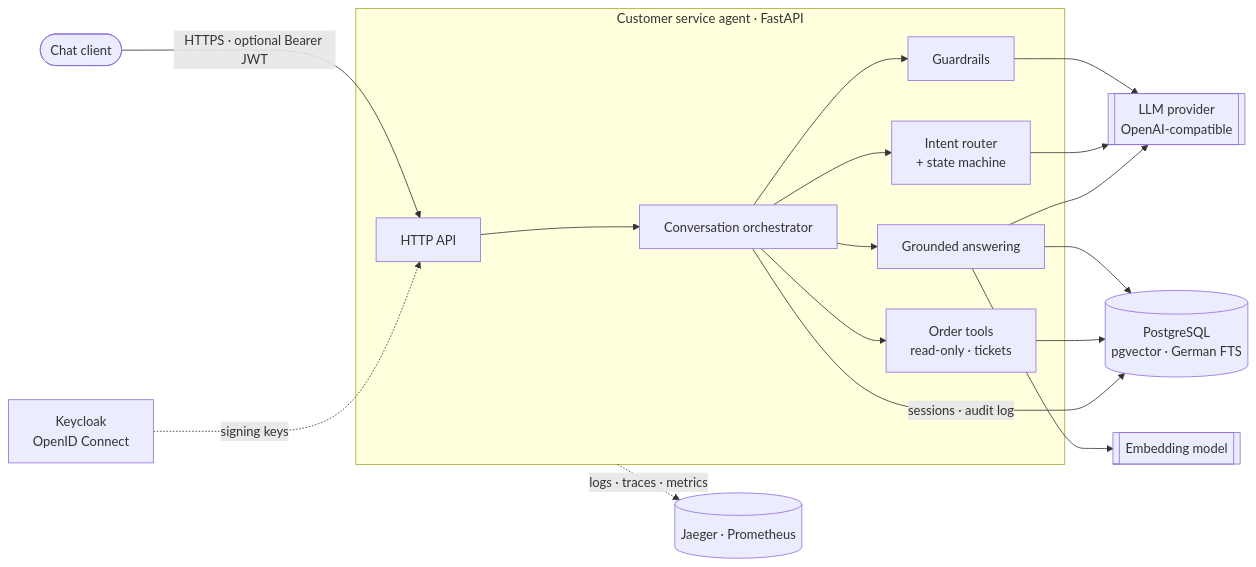
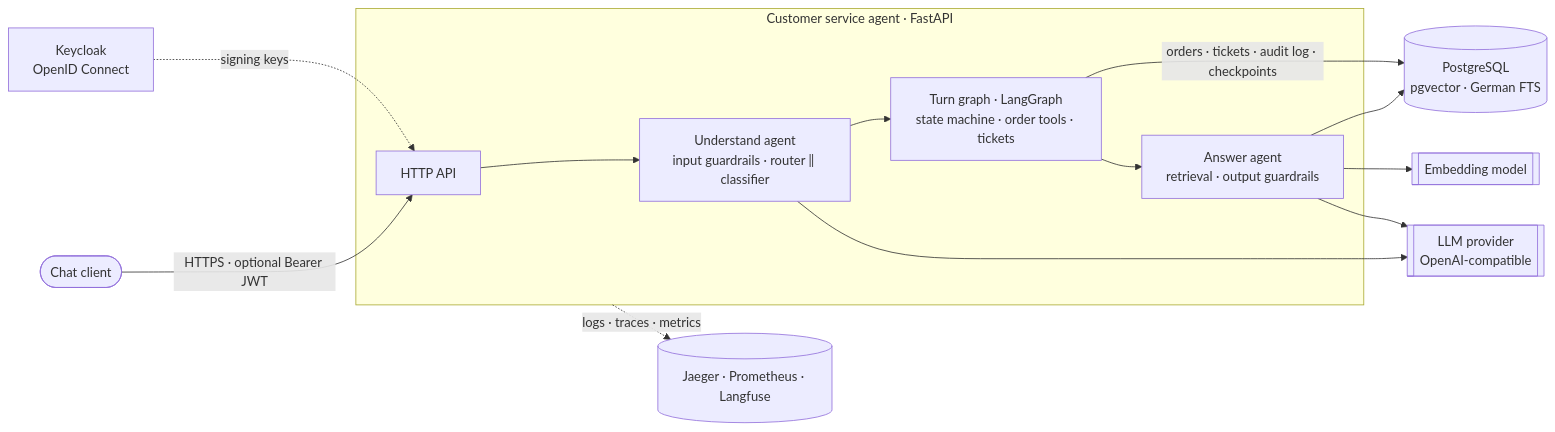
One commit to haoran-yang-henry/customer-chatbot changed the first of 4 diagrams in README.md. Above: the diagram before and after it, drawn with Mermaid. The commit also changed other lines of this file, not shown here.

First line of the commit message:
docs(readme): the rebuilt agent: agents, turn graph, checkpoints, Langfuse, feedback

````diff
--- a/README.md
+++ b/README.md
@@ -35,20 +36,17 @@
 ```mermaid
 flowchart LR
     client([Chat client]) -- "HTTPS · optional Bearer JWT" --> api
     idp[Keycloak<br/>OpenID Connect] -. signing keys .-> api
 
     subgraph agent [Customer service agent · FastAPI]
-        api[HTTP API] --> orch[Conversation orchestrator]
-        orch --> guard[Guardrails]
-        orch --> router[Intent router<br/>+ state machine]
-        orch --> rag[Grounded answering]
-        orch --> tools[Order tools<br/>read-only · tickets]
+        api[HTTP API] --> understand[Understand agent<br/>input guardrails · router ‖ classifier]
+        understand --> turn[Turn graph · LangGraph<br/>state machine · order tools · tickets]
+        turn --> answer[Answer agent<br/>retrieval · output guardrails]
     end
 
-    rag --> db[(PostgreSQL<br/>pgvector · German FTS)]
-    tools --> db
-    orch -- sessions · audit log --> db
-    guard & router & rag --> llm[[LLM provider<br/>OpenAI-compatible]]
-    rag --> emb[[Embedding model]]
-    agent -. logs · traces · metrics .-> obs[(Jaeger · Prometheus)]
+    answer --> db[(PostgreSQL<br/>pgvector · German FTS)]
+    turn -- orders · tickets · audit log · checkpoints --> db
+    understand & answer --> llm[[LLM provider<br/>OpenAI-compatible]]
+    answer --> emb[[Embedding model]]
+    agent -. logs · traces · metrics .-> obs[(Jaeger · Prometheus · Langfuse)]
 ```
````
